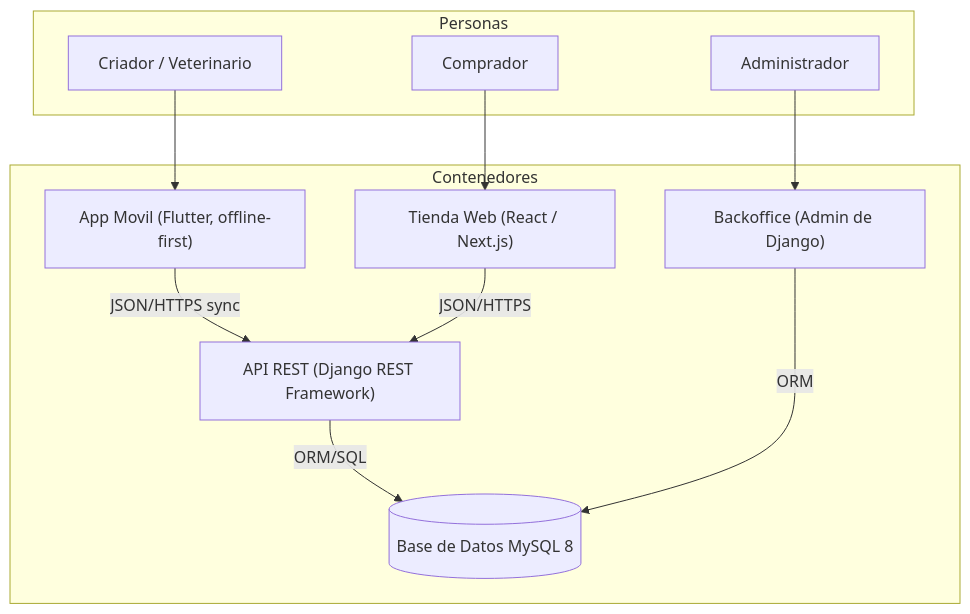
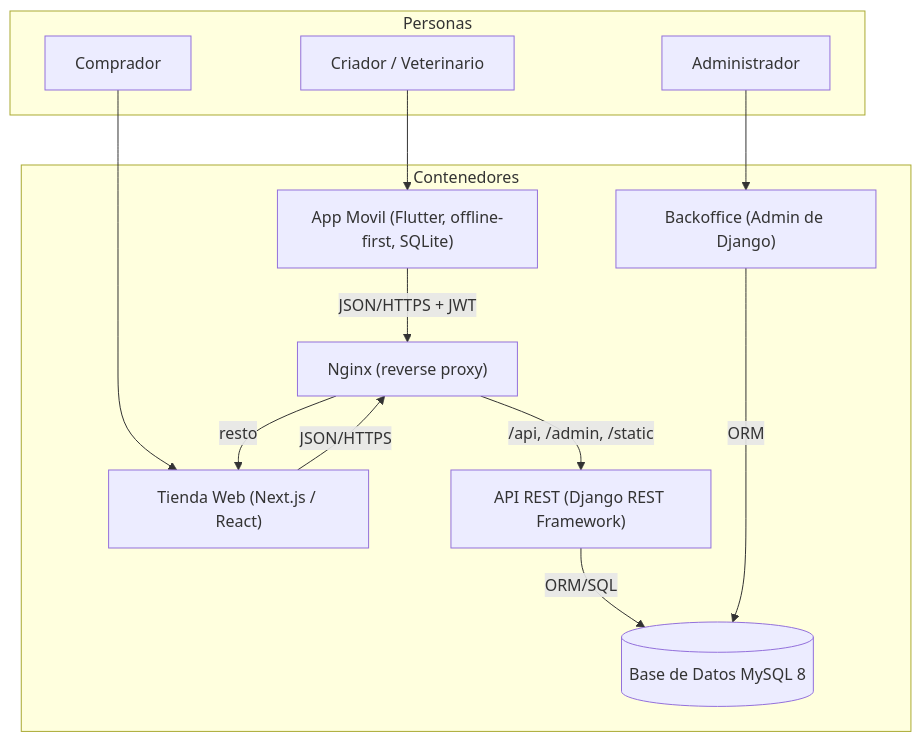
The second of 8 diagrams in docs/software/files/Diagramas_Mermaid.md (LuisAlbertoQ/epe-wawa-pacocha), drawn with Mermaid before and after one commit. The commit also changed other lines of this file and 7 other files, not shown here.

Commit message:
Actualiza diagramas y textos del sitio segun el MVP (Wawa Pacocha)

````diff
--- a/docs/software/files/Diagramas_Mermaid.md
+++ b/docs/software/files/Diagramas_Mermaid.md
@@ -190,22 +192,25 @@
 ```mermaid
 flowchart TB
     subgraph Personas
         Criador["Criador / Veterinario"]
         Admin["Administrador"]
         Comprador["Comprador"]
     end
     subgraph Contenedores
-        App["App Movil (Flutter, offline-first)"]
-        Web["Tienda Web (React / Next.js)"]
+        Nginx["Nginx (reverse proxy)"]
+        App["App Movil (Flutter, offline-first, SQLite)"]
+        Web["Tienda Web (Next.js / React)"]
         Backoffice["Backoffice (Admin de Django)"]
         API["API REST (Django REST Framework)"]
         DB[("Base de Datos MySQL 8")]
     end
     Criador --> App
     Comprador --> Web
     Admin --> Backoffice
-    App -->|JSON/HTTPS sync| API
-    Web -->|JSON/HTTPS| API
+    App -->|JSON/HTTPS + JWT| Nginx
+    Web -->|JSON/HTTPS| Nginx
+    Nginx -->|/api, /admin, /static| API
+    Nginx -->|resto| Web
     API -->|ORM/SQL| DB
     Backoffice -->|ORM| DB
 ```
````
